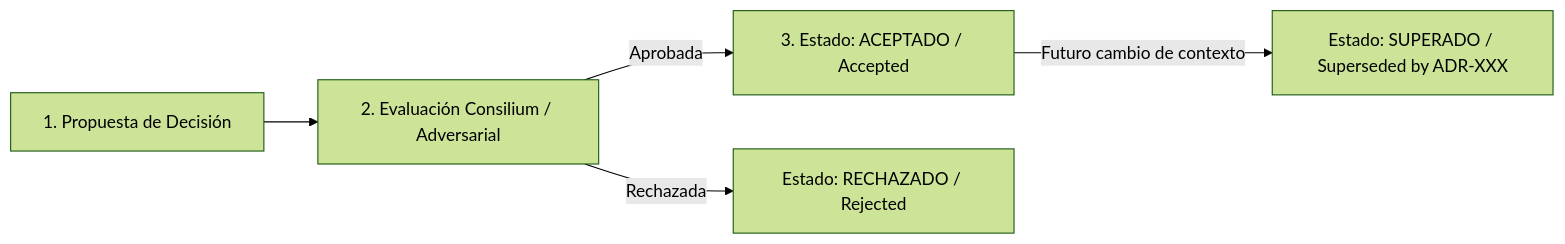
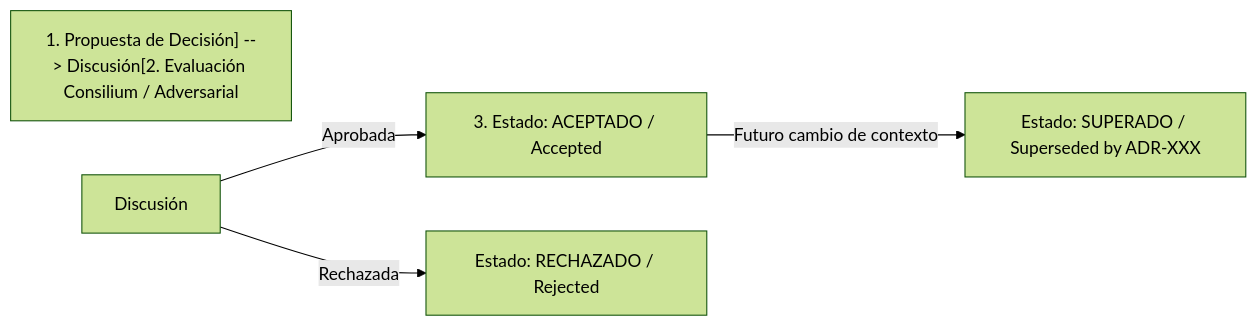
One commit to jaruiz78/ecosistema-multiproyectos changed the diagram in docs/formacion_ecosistema/modulo_0_software_engineering/03_documentacion_adrs_conocimiento.md. Above: the diagram before and after it, drawn with Mermaid (forest theme). The commit also changed 57 other files, not shown here.

First line of the commit message:
feat(validation,hooks): implementar Syntax Validator y Linter determinista para Mermaid, KaTeX y Markdown

````diff
--- a/docs/formacion_ecosistema/modulo_0_software_engineering/03_documentacion_adrs_conocimiento.md
+++ b/docs/formacion_ecosistema/modulo_0_software_engineering/03_documentacion_adrs_conocimiento.md
@@ -23,7 +23,7 @@
 ```mermaid
 graph LR
-    Propuesta[1. Propuesta de Decisión] --> Discusión[2. Evaluación Consilium / Adversarial]
-    Discusión -->|Aprobada| Aceptado[3. Estado: ACEPTADO / Accepted]
-    Discusión -->|Rechazada| Rechazado[Estado: RECHAZADO / Rejected]
-    Aceptado -->|Futuro cambio de contexto| Superado[Estado: SUPERADO / Superseded by ADR-XXX]
+    Propuesta["1. Propuesta de Decisión] --> Discusión[2. Evaluación Consilium / Adversarial"]
+    Discusión -->|Aprobada| Aceptado["3. Estado: ACEPTADO / Accepted"]
+    Discusión -->|Rechazada| Rechazado["Estado: RECHAZADO / Rejected"]
+    Aceptado -->|Futuro cambio de contexto| Superado["Estado: SUPERADO / Superseded by ADR-XXX"]
 ```
````
